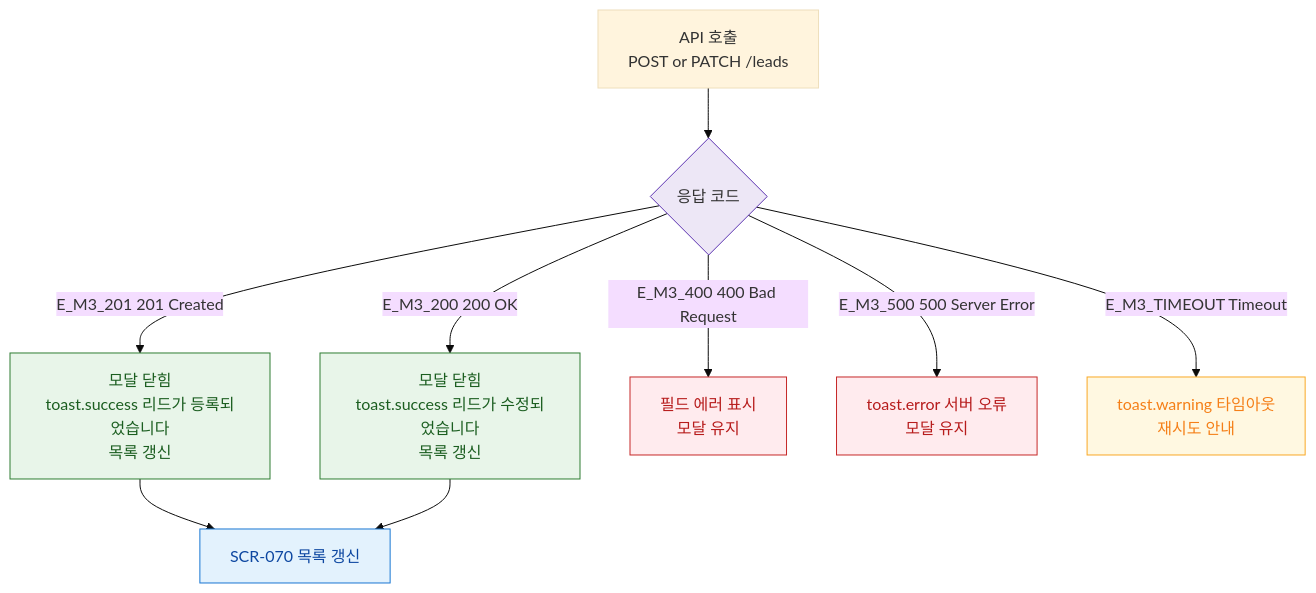
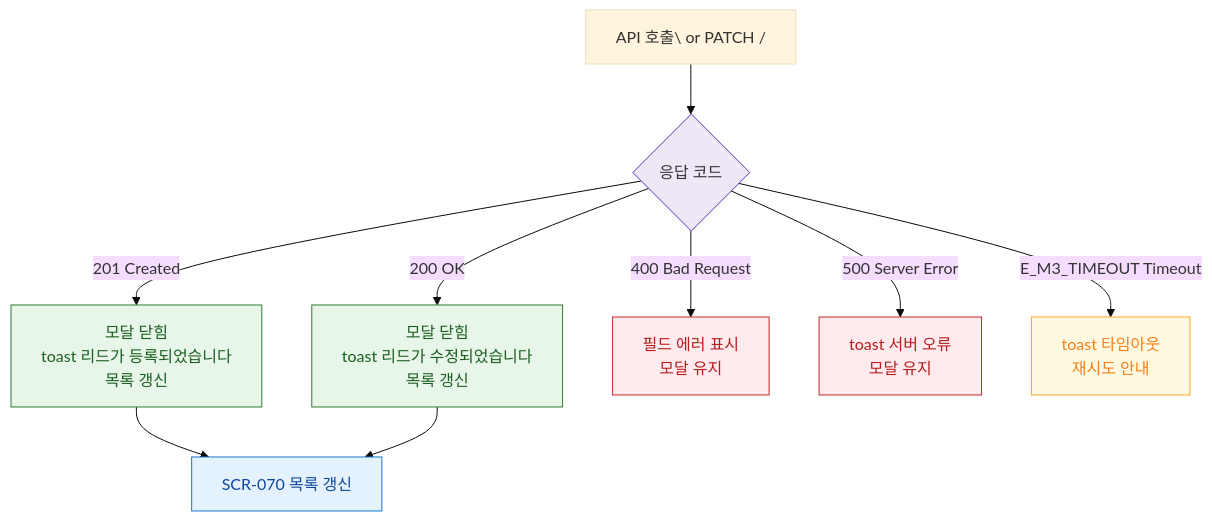
Before and after one commit to dev-spogym/admin-pando: the diagram in docs/다이어그램/D08_마케팅/DLG/DLG-070-001_리드등록수정/M3_결과분기.md, drawn with Mermaid (base theme). The commit also changed other lines of this file and 1660 other files, not shown here.

First line of the commit message:
다이어그램: 기획자/클라이언트 납품본으로 정리

````diff
--- a/docs/다이어그램/D08_마케팅/DLG/DLG-070-001_리드등록수정/M3_결과분기.md
+++ b/docs/다이어그램/D08_마케팅/DLG/DLG-070-001_리드등록수정/M3_결과분기.md
@@ -14,25 +12,25 @@
 ```mermaid
 flowchart TD
-  API_CALL[API 호출\nPOST or PATCH /leads] --> RESP{응답 코드}
+  API_CALL[API 호출\ or PATCH /] --> RESP{응답 코드}
 
-  RESP -->|E_M3_201 201 Created| OK_CREATE[모달 닫힘\ntoast.success 리드가 등록되었습니다\n목록 갱신]
-  RESP -->|E_M3_200 200 OK| OK_UPDATE[모달 닫힘\ntoast.success 리드가 수정되었습니다\n목록 갱신]
-  RESP -->|E_M3_400 400 Bad Request| ERR_400[필드 에러 표시\n모달 유지]
-  RESP -->|E_M3_500 500 Server Error| ERR_500[toast.error 서버 오류\n모달 유지]
-  RESP -->|E_M3_TIMEOUT Timeout| ERR_TIMEOUT[toast.warning 타임아웃\n재시도 안내]
+  RESP -->|201 Created|OK_CREATE[모달 닫힘\ntoast 리드가 등록되었습니다\n목록 갱신]
+  RESP -->|200 OK|OK_UPDATE[모달 닫힘\ntoast 리드가 수정되었습니다\n목록 갱신]
+  RESP -->|400 Bad Request|ERR_400[필드 에러 표시\n모달 유지]
+  RESP -->|500 Server Error|ERR_500[toast 서버 오류\n모달 유지]
+  RESP -->|E_M3_TIMEOUT Timeout|ERR_TIMEOUT[toast 타임아웃\n재시도 안내]
 
   OK_CREATE --> SCR_070_REFRESH[SCR-070 목록 갱신]
   OK_UPDATE --> SCR_070_REFRESH
 
-  classDef success     fill:#E8F5E9,stroke:#2E7D32,color:#1B5E20
-  classDef error       fill:#FFEBEE,stroke:#C62828,color:#B71C1C
-  classDef warning     fill:#FFF8E1,stroke:#F9A825,color:#F57F17
-  classDef system      fill:#EDE7F6,stroke:#5E35B2
-  classDef screen      fill:#E3F2FD,stroke:#1976D2,color:#0D47A1
+  classDef success fill:#E8F5E9,stroke:#2E7D32,color:#1B5E20
+  classDef error fill:#FFEBEE,stroke:#C62828,color:#B71C1C
+  classDef warning fill:#FFF8E1,stroke:#F9A825,color:#F57F17
+  classDef system fill:#EDE7F6,stroke:#5E35B2
+  classDef screen fill:#E3F2FD,stroke:#1976D2,color:#0D47A1
 
   class OK_CREATE,OK_UPDATE success
   class ERR_400,ERR_500 error
   class ERR_TIMEOUT warning
   class RESP system
   class SCR_070_REFRESH screen
 ```
````
